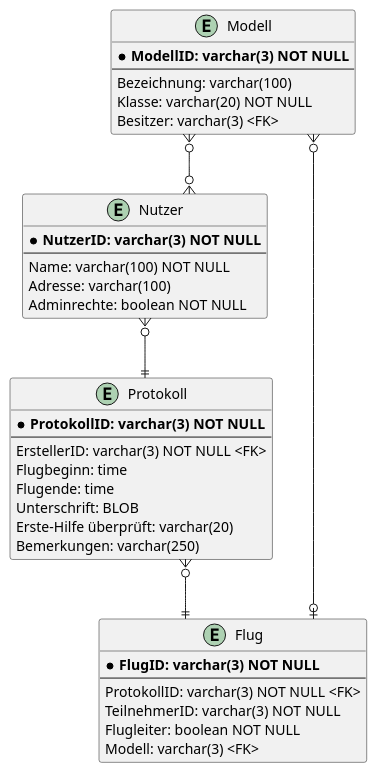
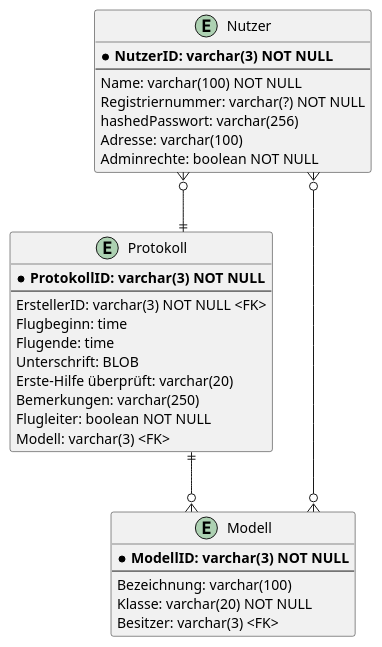
The diagram in docs/architecture/SQL-schema.adoc (jakobkmar/E09-modellflug-logbuch), drawn with PlantUML before and after one commit.

Commit message:
removed FlugTable; added RegistrierNr

```diff
--- a/docs/architecture/SQL-schema.adoc
+++ b/docs/architecture/SQL-schema.adoc
@@ -13,45 +13,41 @@
 [plantuml, "{diagramsdir}/SQL-Schema", svg]
 ....
 @startuml
 skinparam linetype ortho
 
 entity "Nutzer" as e01 {
    * **NutzerID: varchar(3) NOT NULL**
    --
    Name: varchar(100) NOT NULL
+   Registriernummer: varchar(?) NOT NULL
+   hashedPasswort: varchar(256)
    Adresse: varchar(100)
    Adminrechte: boolean NOT NULL
 }
 entity "Protokoll" as e02 {
    * **ProtokollID: varchar(3) NOT NULL**
    --
    ErstellerID: varchar(3) NOT NULL <FK>
    Flugbeginn: time
    Flugende: time
    Unterschrift: BLOB
    Erste-Hilfe überprüft: varchar(20)
    Bemerkungen: varchar(250)
-}
-entity "Flug" as e03 {
-    * **FlugID: varchar(3) NOT NULL**
-    --
-    ProtokollID: varchar(3) NOT NULL <FK>
-    TeilnehmerID: varchar(3) NOT NULL
-    Flugleiter: boolean NOT NULL
-    Modell: varchar(3) <FK>
+   Flugleiter: boolean NOT NULL
+   Modell: varchar(3) <FK>
 }
 entity "Modell" as e04 {
     * **ModellID: varchar(3) NOT NULL**
     --
     Bezeichnung: varchar(100)
     Klasse: varchar(20) NOT NULL
     Besitzer: varchar(3) <FK>
 }
 
 e01 }o--|| e02
-e02 }o--|| e03
+e02 ||--o{ e04
 e04 }o--o{ e01
-e04 }o--o| e03
+
 @enduml
 
 ....
```
